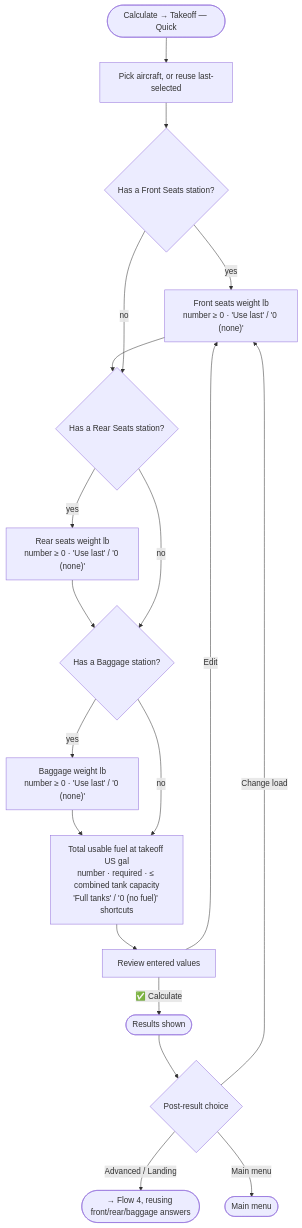
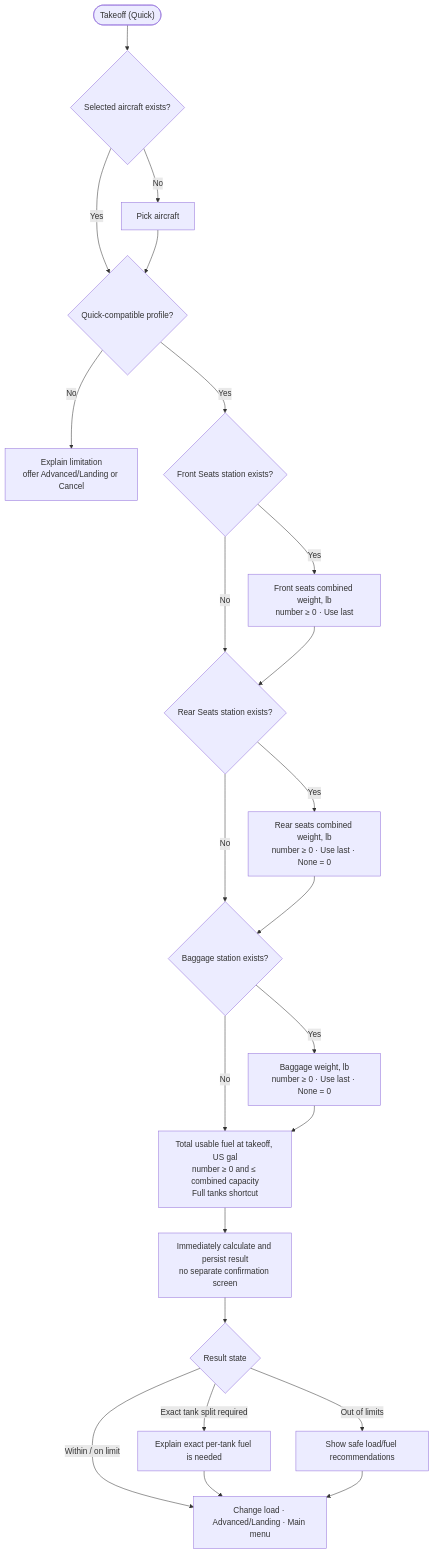
The eighth of 10 diagrams in docs/bot_question_flows.md (kot-anton/safe-pilot), drawn with Mermaid before and after one commit. The commit also changed other lines of this file and 6 other files, not shown here.

Commit message:
fixed issues and added flow document

````diff
--- a/docs/bot_question_flows.md
+++ b/docs/bot_question_flows.md
@@ -146,18 +212,27 @@
 ```mermaid
 flowchart TD
-    Start(["Calculate → Takeoff — Quick"]) --> PickAC["Pick aircraft, or reuse last-selected"]
-    PickAC --> HasFront{"Has a Front Seats station?"}
-    HasFront -- "yes" --> Front["Front seats weight lb<br/>number ≥ 0 · 'Use last' / '0 (none)'"] --> HasRear
-    HasFront -- "no" --> HasRear{"Has a Rear Seats station?"}
-    HasRear -- "yes" --> Rear["Rear seats weight lb<br/>number ≥ 0 · 'Use last' / '0 (none)'"] --> HasBag
-    HasRear -- "no" --> HasBag{"Has a Baggage station?"}
-    HasBag -- "yes" --> Bag["Baggage weight lb<br/>number ≥ 0 · 'Use last' / '0 (none)'"] --> Fuel
-    HasBag -- "no" --> Fuel["Total usable fuel at takeoff US gal<br/>number · required · ≤ combined tank capacity<br/>'Full tanks' / '0 (no fuel)' shortcuts"]
-    Fuel --> Review["Review entered values"]
-    Review -- "✅ Calculate" --> Results(["Results shown"])
-    Review -- "Edit" --> Front
-    Results --> Post{"Post-result choice"}
-    Post -- "Change load" --> Front
-    Post -- "Advanced / Landing" --> FlowFour(["→ Flow 4, reusing front/rear/baggage answers"])
-    Post -- "Main menu" --> Menu(["Main menu"])
+    Start(["Takeoff (Quick)"]) --> Aircraft{"Selected aircraft exists?"}
+    Aircraft -- "No" --> Pick["Pick aircraft"]
+    Aircraft -- "Yes" --> Profile
+    Pick --> Profile
+
+    Profile{"Quick-compatible profile?"}
+    Profile -- "No" --> AdvancedOnly["Explain limitation<br/>offer Advanced/Landing or Cancel"]
+    Profile -- "Yes" --> FrontCheck{"Front Seats station exists?"}
+
+    FrontCheck -- "Yes" --> Front["Front seats combined weight, lb<br/>number ≥ 0 · Use last"]
+    FrontCheck -- "No" --> RearCheck{"Rear Seats station exists?"}
+    Front --> RearCheck
+    RearCheck -- "Yes" --> Rear["Rear seats combined weight, lb<br/>number ≥ 0 · Use last · None = 0"]
+    RearCheck -- "No" --> BagCheck{"Baggage station exists?"}
+    Rear --> BagCheck
+    BagCheck -- "Yes" --> Baggage["Baggage weight, lb<br/>number ≥ 0 · Use last · None = 0"]
+    BagCheck -- "No" --> Fuel
+    Baggage --> Fuel["Total usable fuel at takeoff, US gal<br/>number ≥ 0 and ≤ combined capacity<br/>Full tanks shortcut"]
+
+    Fuel --> Calc["Immediately calculate and persist result<br/>no separate confirmation screen"]
+    Calc --> Result{"Result state"}
+    Result -- "Within / on limit" --> Actions["Change load · Advanced/Landing · Main menu"]
+    Result -- "Exact tank split required" --> Exact["Explain exact per-tank fuel is needed"] --> Actions
+    Result -- "Out of limits" --> Recommendations["Show safe load/fuel recommendations"] --> Actions
 ```
````
